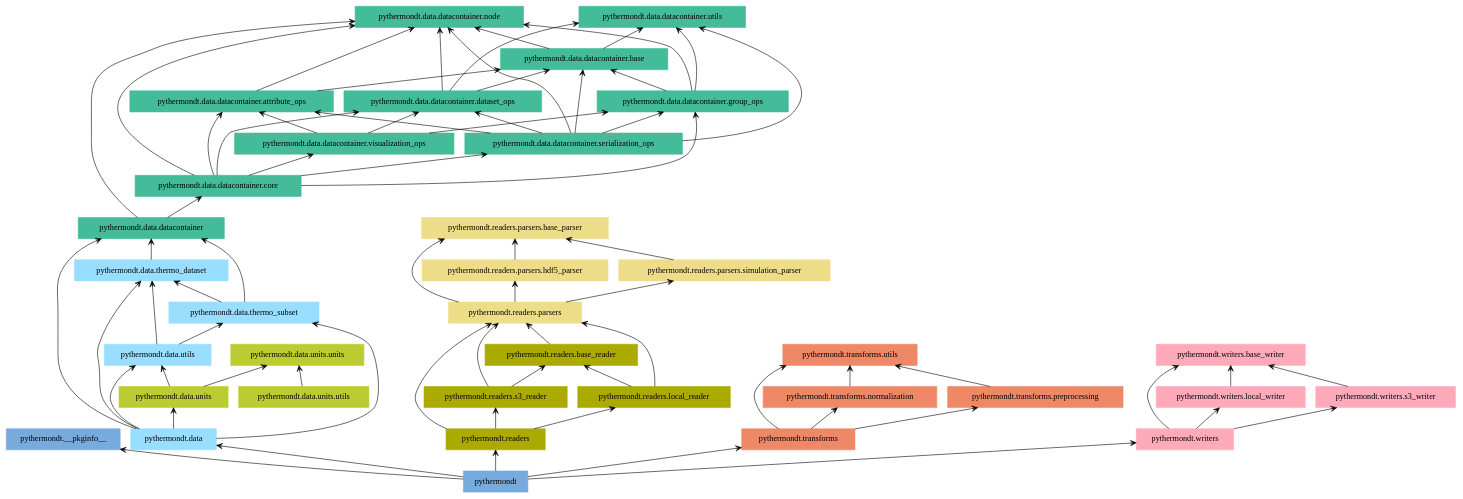
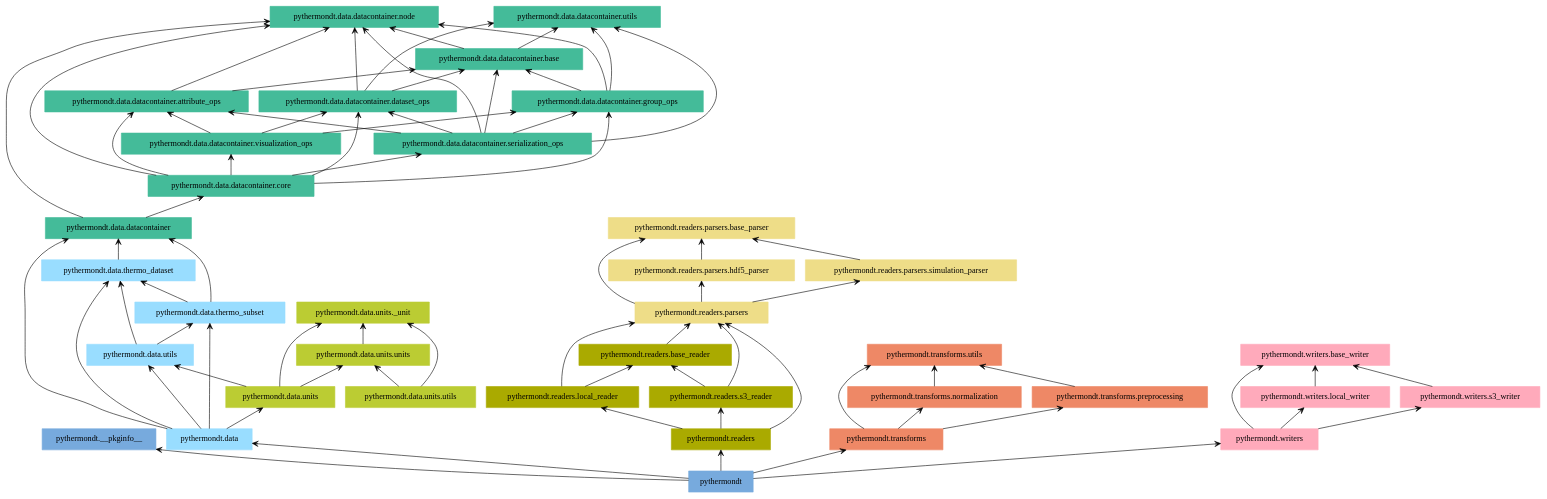
One commit to voidsy-gmbh/pyThermoNDT changed the diagram in docs/pyreverse/packages_pythermondt.gv. Above: the diagram before and after it, drawn with Graphviz. The commit also changed 13 other files, not shown here.

Commit message:
Update pyreverse diagrams

```diff
--- a/docs/pyreverse/packages_pythermondt.gv
+++ b/docs/pyreverse/packages_pythermondt.gv
@@ -1,107 +1,111 @@
 digraph "packages_pythermondt" {
 rankdir=BT
 charset="utf-8"
 "pythermondt" [color="#77AADD", label=<pythermondt>, shape="box", style="filled"];
 "pythermondt.__pkginfo__" [color="#77AADD", label=<pythermondt.__pkginfo__>, shape="box", style="filled"];
 "pythermondt.data" [color="#99DDFF", label=<pythermondt.data>, shape="box", style="filled"];
 "pythermondt.data.datacontainer" [color="#44BB99", label=<pythermondt.data.datacontainer>, shape="box", style="filled"];
 "pythermondt.data.datacontainer.attribute_ops" [color="#44BB99", label=<pythermondt.data.datacontainer.attribute_ops>, shape="box", style="filled"];
 "pythermondt.data.datacontainer.base" [color="#44BB99", label=<pythermondt.data.datacontainer.base>, shape="box", style="filled"];
 "pythermondt.data.datacontainer.core" [color="#44BB99", label=<pythermondt.data.datacontainer.core>, shape="box", style="filled"];
 "pythermondt.data.datacontainer.dataset_ops" [color="#44BB99", label=<pythermondt.data.datacontainer.dataset_ops>, shape="box", style="filled"];
 "pythermondt.data.datacontainer.group_ops" [color="#44BB99", label=<pythermondt.data.datacontainer.group_ops>, shape="box", style="filled"];
 "pythermondt.data.datacontainer.node" [color="#44BB99", label=<pythermondt.data.datacontainer.node>, shape="box", style="filled"];
 "pythermondt.data.datacontainer.serialization_ops" [color="#44BB99", label=<pythermondt.data.datacontainer.serialization_ops>, shape="box", style="filled"];
 "pythermondt.data.datacontainer.utils" [color="#44BB99", label=<pythermondt.data.datacontainer.utils>, shape="box", style="filled"];
 "pythermondt.data.datacontainer.visualization_ops" [color="#44BB99", label=<pythermondt.data.datacontainer.visualization_ops>, shape="box", style="filled"];
 "pythermondt.data.thermo_dataset" [color="#99DDFF", label=<pythermondt.data.thermo_dataset>, shape="box", style="filled"];
 "pythermondt.data.thermo_subset" [color="#99DDFF", label=<pythermondt.data.thermo_subset>, shape="box", style="filled"];
 "pythermondt.data.units" [color="#BBCC33", label=<pythermondt.data.units>, shape="box", style="filled"];
+"pythermondt.data.units._unit" [color="#BBCC33", label=<pythermondt.data.units._unit>, shape="box", style="filled"];
 "pythermondt.data.units.units" [color="#BBCC33", label=<pythermondt.data.units.units>, shape="box", style="filled"];
 "pythermondt.data.units.utils" [color="#BBCC33", label=<pythermondt.data.units.utils>, shape="box", style="filled"];
 "pythermondt.data.utils" [color="#99DDFF", label=<pythermondt.data.utils>, shape="box", style="filled"];
 "pythermondt.readers" [color="#AAAA00", label=<pythermondt.readers>, shape="box", style="filled"];
 "pythermondt.readers.base_reader" [color="#AAAA00", label=<pythermondt.readers.base_reader>, shape="box", style="filled"];
 "pythermondt.readers.local_reader" [color="#AAAA00", label=<pythermondt.readers.local_reader>, shape="box", style="filled"];
 "pythermondt.readers.parsers" [color="#EEDD88", label=<pythermondt.readers.parsers>, shape="box", style="filled"];
 "pythermondt.readers.parsers.base_parser" [color="#EEDD88", label=<pythermondt.readers.parsers.base_parser>, shape="box", style="filled"];
 "pythermondt.readers.parsers.hdf5_parser" [color="#EEDD88", label=<pythermondt.readers.parsers.hdf5_parser>, shape="box", style="filled"];
 "pythermondt.readers.parsers.simulation_parser" [color="#EEDD88", label=<pythermondt.readers.parsers.simulation_parser>, shape="box", style="filled"];
 "pythermondt.readers.s3_reader" [color="#AAAA00", label=<pythermondt.readers.s3_reader>, shape="box", style="filled"];
 "pythermondt.transforms" [color="#EE8866", label=<pythermondt.transforms>, shape="box", style="filled"];
 "pythermondt.transforms.normalization" [color="#EE8866", label=<pythermondt.transforms.normalization>, shape="box", style="filled"];
 "pythermondt.transforms.preprocessing" [color="#EE8866", label=<pythermondt.transforms.preprocessing>, shape="box", style="filled"];
 "pythermondt.transforms.utils" [color="#EE8866", label=<pythermondt.transforms.utils>, shape="box", style="filled"];
 "pythermondt.writers" [color="#FFAABB", label=<pythermondt.writers>, shape="box", style="filled"];
 "pythermondt.writers.base_writer" [color="#FFAABB", label=<pythermondt.writers.base_writer>, shape="box", style="filled"];
 "pythermondt.writers.local_writer" [color="#FFAABB", label=<pythermondt.writers.local_writer>, shape="box", style="filled"];
 "pythermondt.writers.s3_writer" [color="#FFAABB", label=<pythermondt.writers.s3_writer>, shape="box", style="filled"];
 "pythermondt" -> "pythermondt.__pkginfo__" [arrowhead="open", arrowtail="none"];
 "pythermondt" -> "pythermondt.data" [arrowhead="open", arrowtail="none"];
 "pythermondt" -> "pythermondt.readers" [arrowhead="open", arrowtail="none"];
 "pythermondt" -> "pythermondt.transforms" [arrowhead="open", arrowtail="none"];
 "pythermondt" -> "pythermondt.writers" [arrowhead="open", arrowtail="none"];
 "pythermondt.data" -> "pythermondt.data.datacontainer" [arrowhead="open", arrowtail="none"];
 "pythermondt.data" -> "pythermondt.data.thermo_dataset" [arrowhead="open", arrowtail="none"];
 "pythermondt.data" -> "pythermondt.data.thermo_subset" [arrowhead="open", arrowtail="none"];
 "pythermondt.data" -> "pythermondt.data.units" [arrowhead="open", arrowtail="none"];
 "pythermondt.data" -> "pythermondt.data.utils" [arrowhead="open", arrowtail="none"];
 "pythermondt.data.datacontainer" -> "pythermondt.data.datacontainer.core" [arrowhead="open", arrowtail="none"];
 "pythermondt.data.datacontainer" -> "pythermondt.data.datacontainer.node" [arrowhead="open", arrowtail="none"];
 "pythermondt.data.datacontainer.attribute_ops" -> "pythermondt.data.datacontainer.base" [arrowhead="open", arrowtail="none"];
 "pythermondt.data.datacontainer.attribute_ops" -> "pythermondt.data.datacontainer.node" [arrowhead="open", arrowtail="none"];
 "pythermondt.data.datacontainer.base" -> "pythermondt.data.datacontainer.node" [arrowhead="open", arrowtail="none"];
 "pythermondt.data.datacontainer.base" -> "pythermondt.data.datacontainer.utils" [arrowhead="open", arrowtail="none"];
 "pythermondt.data.datacontainer.core" -> "pythermondt.data.datacontainer.attribute_ops" [arrowhead="open", arrowtail="none"];
 "pythermondt.data.datacontainer.core" -> "pythermondt.data.datacontainer.dataset_ops" [arrowhead="open", arrowtail="none"];
 "pythermondt.data.datacontainer.core" -> "pythermondt.data.datacontainer.group_ops" [arrowhead="open", arrowtail="none"];
 "pythermondt.data.datacontainer.core" -> "pythermondt.data.datacontainer.node" [arrowhead="open", arrowtail="none"];
 "pythermondt.data.datacontainer.core" -> "pythermondt.data.datacontainer.serialization_ops" [arrowhead="open", arrowtail="none"];
 "pythermondt.data.datacontainer.core" -> "pythermondt.data.datacontainer.visualization_ops" [arrowhead="open", arrowtail="none"];
 "pythermondt.data.datacontainer.dataset_ops" -> "pythermondt.data.datacontainer.base" [arrowhead="open", arrowtail="none"];
 "pythermondt.data.datacontainer.dataset_ops" -> "pythermondt.data.datacontainer.node" [arrowhead="open", arrowtail="none"];
 "pythermondt.data.datacontainer.dataset_ops" -> "pythermondt.data.datacontainer.utils" [arrowhead="open", arrowtail="none"];
 "pythermondt.data.datacontainer.group_ops" -> "pythermondt.data.datacontainer.base" [arrowhead="open", arrowtail="none"];
 "pythermondt.data.datacontainer.group_ops" -> "pythermondt.data.datacontainer.node" [arrowhead="open", arrowtail="none"];
 "pythermondt.data.datacontainer.group_ops" -> "pythermondt.data.datacontainer.utils" [arrowhead="open", arrowtail="none"];
 "pythermondt.data.datacontainer.serialization_ops" -> "pythermondt.data.datacontainer.attribute_ops" [arrowhead="open", arrowtail="none"];
 "pythermondt.data.datacontainer.serialization_ops" -> "pythermondt.data.datacontainer.base" [arrowhead="open", arrowtail="none"];
 "pythermondt.data.datacontainer.serialization_ops" -> "pythermondt.data.datacontainer.dataset_ops" [arrowhead="open", arrowtail="none"];
 "pythermondt.data.datacontainer.serialization_ops" -> "pythermondt.data.datacontainer.group_ops" [arrowhead="open", arrowtail="none"];
 "pythermondt.data.datacontainer.serialization_ops" -> "pythermondt.data.datacontainer.node" [arrowhead="open", arrowtail="none"];
 "pythermondt.data.datacontainer.serialization_ops" -> "pythermondt.data.datacontainer.utils" [arrowhead="open", arrowtail="none"];
 "pythermondt.data.datacontainer.visualization_ops" -> "pythermondt.data.datacontainer.attribute_ops" [arrowhead="open", arrowtail="none"];
 "pythermondt.data.datacontainer.visualization_ops" -> "pythermondt.data.datacontainer.dataset_ops" [arrowhead="open", arrowtail="none"];
 "pythermondt.data.datacontainer.visualization_ops" -> "pythermondt.data.datacontainer.group_ops" [arrowhead="open", arrowtail="none"];
 "pythermondt.data.thermo_dataset" -> "pythermondt.data.datacontainer" [arrowhead="open", arrowtail="none"];
 "pythermondt.data.thermo_subset" -> "pythermondt.data.datacontainer" [arrowhead="open", arrowtail="none"];
 "pythermondt.data.thermo_subset" -> "pythermondt.data.thermo_dataset" [arrowhead="open", arrowtail="none"];
+"pythermondt.data.units" -> "pythermondt.data.units._unit" [arrowhead="open", arrowtail="none"];
 "pythermondt.data.units" -> "pythermondt.data.units.units" [arrowhead="open", arrowtail="none"];
 "pythermondt.data.units" -> "pythermondt.data.utils" [arrowhead="open", arrowtail="none"];
+"pythermondt.data.units.units" -> "pythermondt.data.units._unit" [arrowhead="open", arrowtail="none"];
+"pythermondt.data.units.utils" -> "pythermondt.data.units._unit" [arrowhead="open", arrowtail="none"];
 "pythermondt.data.units.utils" -> "pythermondt.data.units.units" [arrowhead="open", arrowtail="none"];
 "pythermondt.data.utils" -> "pythermondt.data.thermo_dataset" [arrowhead="open", arrowtail="none"];
 "pythermondt.data.utils" -> "pythermondt.data.thermo_subset" [arrowhead="open", arrowtail="none"];
 "pythermondt.readers" -> "pythermondt.readers.local_reader" [arrowhead="open", arrowtail="none"];
 "pythermondt.readers" -> "pythermondt.readers.parsers" [arrowhead="open", arrowtail="none"];
 "pythermondt.readers" -> "pythermondt.readers.s3_reader" [arrowhead="open", arrowtail="none"];
 "pythermondt.readers.base_reader" -> "pythermondt.readers.parsers" [arrowhead="open", arrowtail="none"];
 "pythermondt.readers.local_reader" -> "pythermondt.readers.base_reader" [arrowhead="open", arrowtail="none"];
 "pythermondt.readers.local_reader" -> "pythermondt.readers.parsers" [arrowhead="open", arrowtail="none"];
 "pythermondt.readers.parsers" -> "pythermondt.readers.parsers.base_parser" [arrowhead="open", arrowtail="none"];
 "pythermondt.readers.parsers" -> "pythermondt.readers.parsers.hdf5_parser" [arrowhead="open", arrowtail="none"];
 "pythermondt.readers.parsers" -> "pythermondt.readers.parsers.simulation_parser" [arrowhead="open", arrowtail="none"];
 "pythermondt.readers.parsers.hdf5_parser" -> "pythermondt.readers.parsers.base_parser" [arrowhead="open", arrowtail="none"];
 "pythermondt.readers.parsers.simulation_parser" -> "pythermondt.readers.parsers.base_parser" [arrowhead="open", arrowtail="none"];
 "pythermondt.readers.s3_reader" -> "pythermondt.readers.base_reader" [arrowhead="open", arrowtail="none"];
 "pythermondt.readers.s3_reader" -> "pythermondt.readers.parsers" [arrowhead="open", arrowtail="none"];
 "pythermondt.transforms" -> "pythermondt.transforms.normalization" [arrowhead="open", arrowtail="none"];
 "pythermondt.transforms" -> "pythermondt.transforms.preprocessing" [arrowhead="open", arrowtail="none"];
 "pythermondt.transforms" -> "pythermondt.transforms.utils" [arrowhead="open", arrowtail="none"];
 "pythermondt.transforms.normalization" -> "pythermondt.transforms.utils" [arrowhead="open", arrowtail="none"];
 "pythermondt.transforms.preprocessing" -> "pythermondt.transforms.utils" [arrowhead="open", arrowtail="none"];
 "pythermondt.writers" -> "pythermondt.writers.base_writer" [arrowhead="open", arrowtail="none"];
 "pythermondt.writers" -> "pythermondt.writers.local_writer" [arrowhead="open", arrowtail="none"];
 "pythermondt.writers" -> "pythermondt.writers.s3_writer" [arrowhead="open", arrowtail="none"];
 "pythermondt.writers.local_writer" -> "pythermondt.writers.base_writer" [arrowhead="open", arrowtail="none"];
 "pythermondt.writers.s3_writer" -> "pythermondt.writers.base_writer" [arrowhead="open", arrowtail="none"];
 }
```
